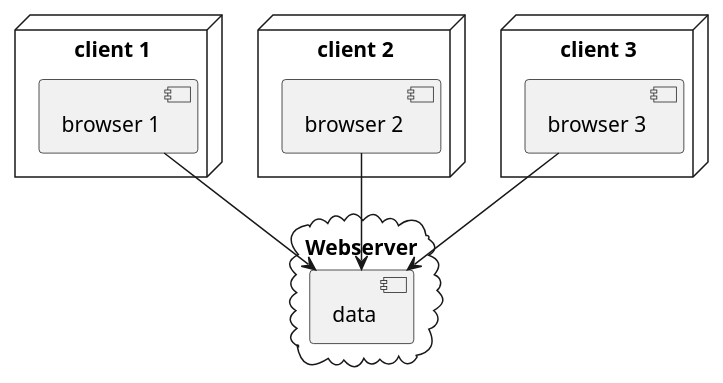
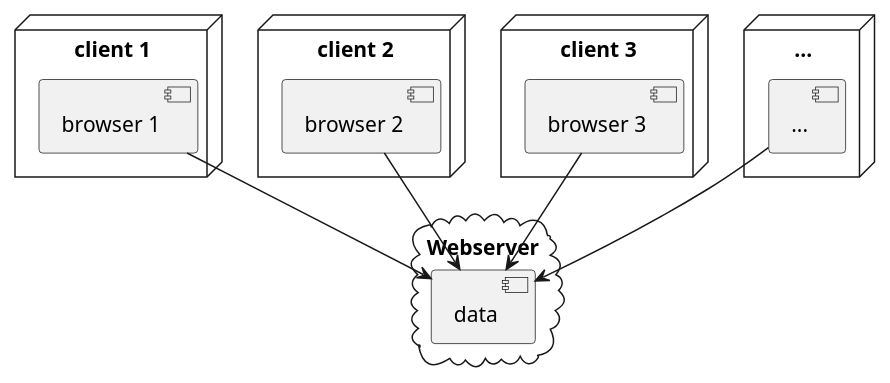
The diagram in docs/architecture/diagrams/physical.puml (EdLaser/I3_Antragsverwaltungstool), drawn with PlantUML before and after one commit. The commit also changed 9 other files, not shown here.

Commit message:
changed diagrams

```diff
--- a/docs/architecture/diagrams/physical.puml
+++ b/docs/architecture/diagrams/physical.puml
@@ -1,23 +1,29 @@
 @startuml "pyhsische Sicht"
 
 cloud "Webserver" {
     [data]
 }
 
 node "client 1" {
     [browser 1]
 }
 
 node "client 2" {
     [browser 2]
 }
 
 node "client 3" {
     [browser 3]
 }
 
+node "..." {
+    ["..."]
+}
+
+
 [browser 1] --> [data]
 [browser 2] --> [data]
 [browser 3] --> [data]
+["..."] --> [data]
 
 @enduml
```
